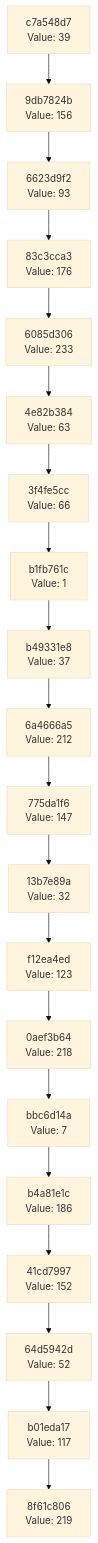
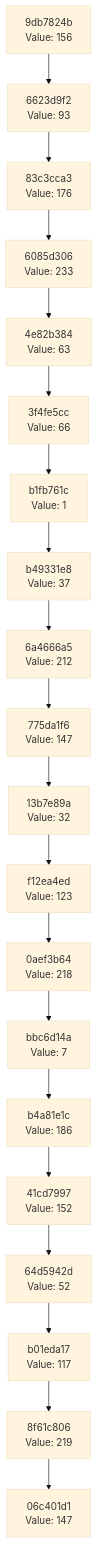
Before and after one commit to Abhisheksinha1506/hash-chain-evolver: the diagram in docs/CHAIN_VISUALIZATION.md, drawn with Mermaid (base theme). The commit also changed 3 other files, not shown here.

````diff
--- a/docs/CHAIN_VISUALIZATION.md
+++ b/docs/CHAIN_VISUALIZATION.md
@@ -3,42 +3,42 @@
 ```mermaid
 graph TD
-    C0["8f61c806<br/>Value: 219"]
-    C1["b01eda17<br/>Value: 117"]
+    C0["06c401d1<br/>Value: 147"]
+    C1["8f61c806<br/>Value: 219"]
     C1 --> C0
-    C2["64d5942d<br/>Value: 52"]
+    C2["b01eda17<br/>Value: 117"]
     C2 --> C1
-    C3["41cd7997<br/>Value: 152"]
+    C3["64d5942d<br/>Value: 52"]
     C3 --> C2
-    C4["b4a81e1c<br/>Value: 186"]
+    C4["41cd7997<br/>Value: 152"]
     C4 --> C3
-    C5["bbc6d14a<br/>Value: 7"]
+    C5["b4a81e1c<br/>Value: 186"]
     C5 --> C4
-    C6["0aef3b64<br/>Value: 218"]
+    C6["bbc6d14a<br/>Value: 7"]
     C6 --> C5
-    C7["f12ea4ed<br/>Value: 123"]
+    C7["0aef3b64<br/>Value: 218"]
     C7 --> C6
-    C8["13b7e89a<br/>Value: 32"]
+    C8["f12ea4ed<br/>Value: 123"]
     C8 --> C7
-    C9["775da1f6<br/>Value: 147"]
+    C9["13b7e89a<br/>Value: 32"]
     C9 --> C8
-    C10["6a4666a5<br/>Value: 212"]
+    C10["775da1f6<br/>Value: 147"]
     C10 --> C9
-    C11["b49331e8<br/>Value: 37"]
+    C11["6a4666a5<br/>Value: 212"]
     C11 --> C10
-    C12["b1fb761c<br/>Value: 1"]
+    C12["b49331e8<br/>Value: 37"]
     C12 --> C11
-    C13["3f4fe5cc<br/>Value: 66"]
+    C13["b1fb761c<br/>Value: 1"]
     C13 --> C12
-    C14["4e82b384<br/>Value: 63"]
+    C14["3f4fe5cc<br/>Value: 66"]
     C14 --> C13
-    C15["6085d306<br/>Value: 233"]
+    C15["4e82b384<br/>Value: 63"]
     C15 --> C14
-    C16["83c3cca3<br/>Value: 176"]
+    C16["6085d306<br/>Value: 233"]
     C16 --> C15
-    C17["6623d9f2<br/>Value: 93"]
+    C17["83c3cca3<br/>Value: 176"]
     C17 --> C16
-    C18["9db7824b<br/>Value: 156"]
+    C18["6623d9f2<br/>Value: 93"]
     C18 --> C17
-    C19["c7a548d7<br/>Value: 39"]
+    C19["9db7824b<br/>Value: 156"]
     C19 --> C18
 ```
````
